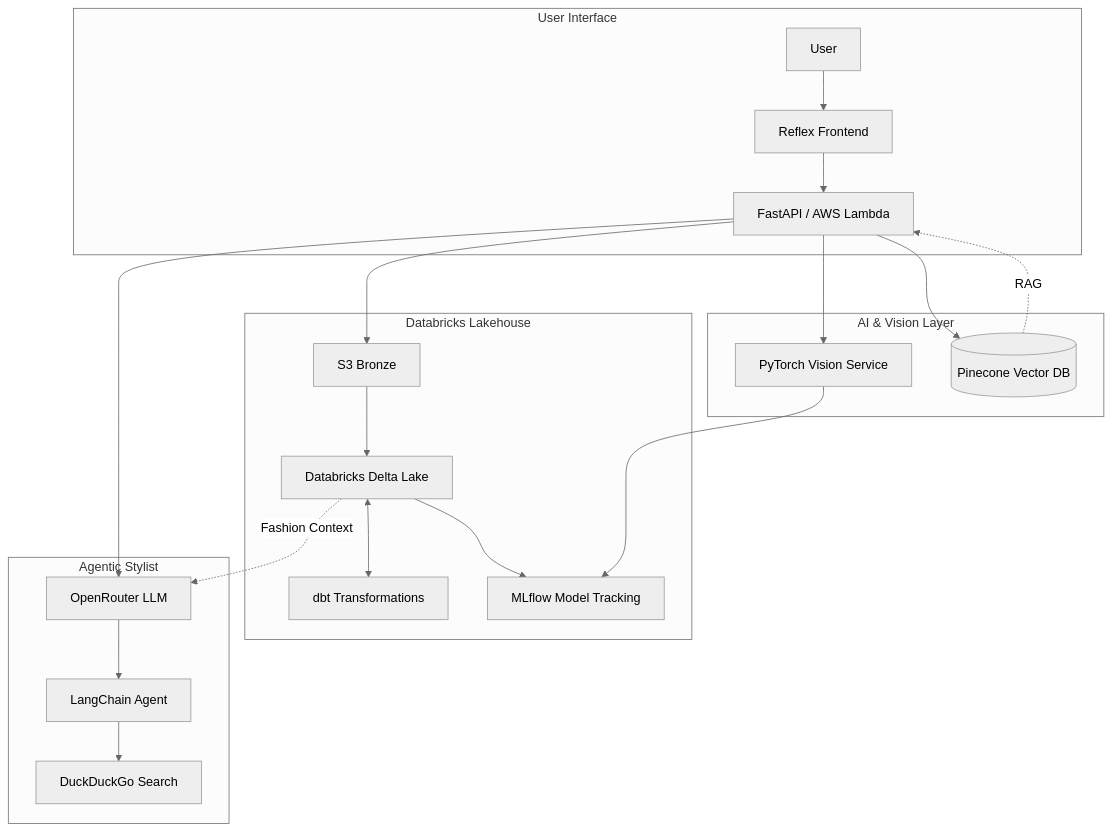
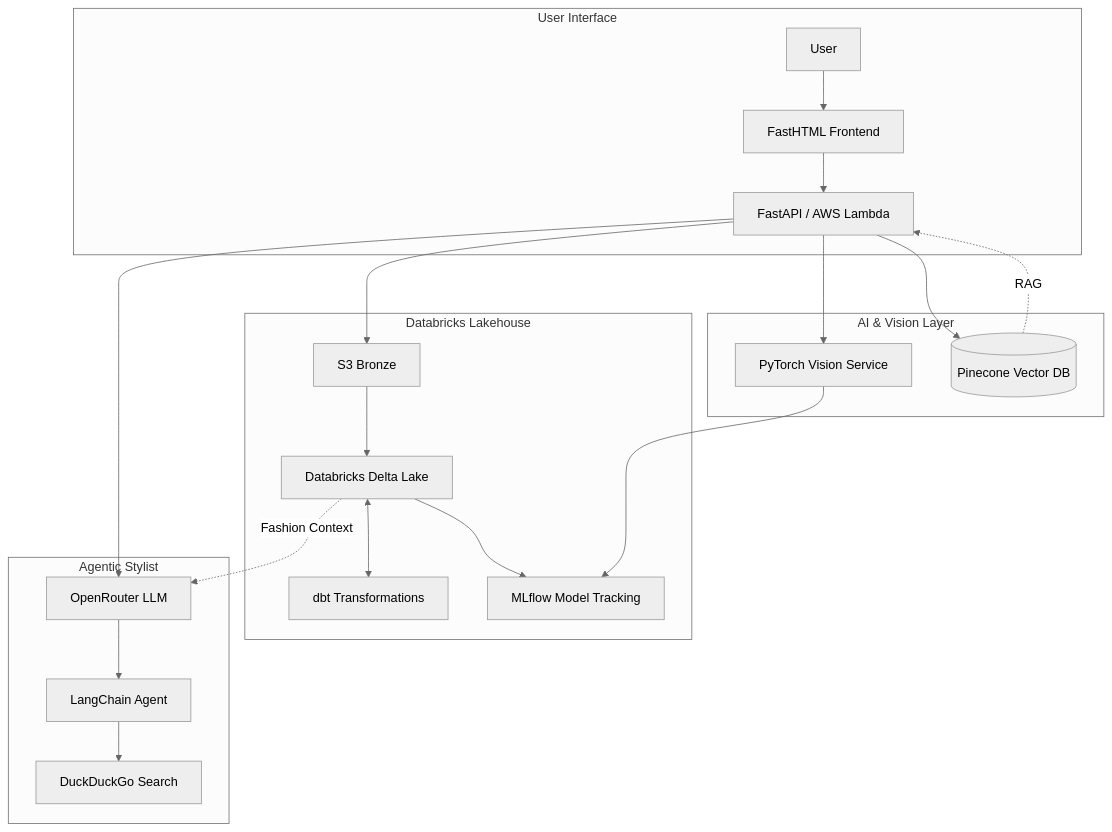
Before and after one commit to joongsim/fitted: the second of 2 diagrams in plan.md, drawn with Mermaid (neutral theme). The commit also changed other lines of this file and 25 other files, not shown here.

Commit message:
feat: Transition frontend from Reflex to FastHTML, update project documentation, and refine outfit suggestion logic to use a 1-day forecast

````diff
--- a/plan.md
+++ b/plan.md
@@ -67,29 +68,29 @@
 ```mermaid
 graph TD
     subgraph User_Interface [User Interface]
-        USER[User] --> FRONT[Reflex Frontend]
+        USER[User] --> FRONT[FastHTML Frontend]
         FRONT --> API["FastAPI / AWS Lambda"]
     end
     
     subgraph Data_Lakehouse [Databricks Lakehouse]
         S3[S3 Bronze] --> DBX[Databricks Delta Lake]
         DBX <--> DBT[dbt Transformations]
         DBX --> MLF[MLflow Model Tracking]
     end
     
     subgraph AI_Vision_Layer [AI & Vision Layer]
         API --> PV[PyTorch Vision Service]
         PV --> MLF
         API --> PINE[("Pinecone Vector DB")]
         PINE -. "RAG" .-> API
     end
     
     subgraph Agentic_Stylist [Agentic Stylist]
         API --> LLM[OpenRouter LLM]
         LLM --> LC[LangChain Agent]
         LC --> DDG[DuckDuckGo Search]
     end
 
     API --> S3
     DBX -. "Fashion Context" .-> LLM
 ```
````
